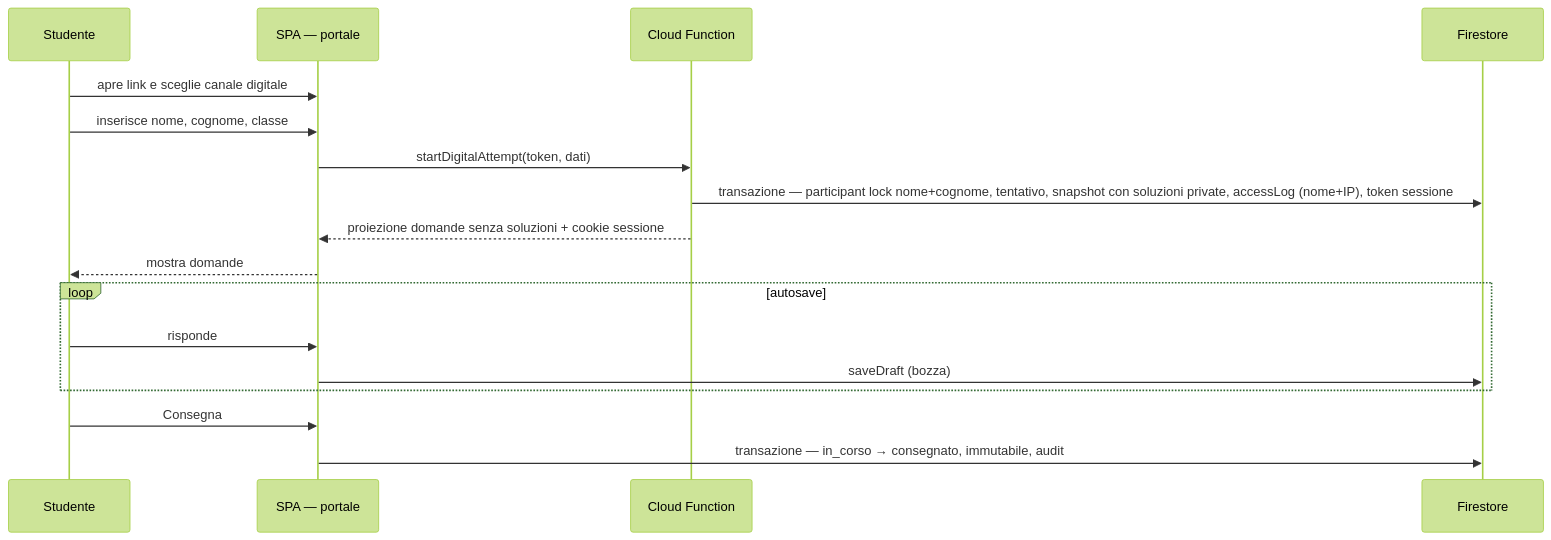
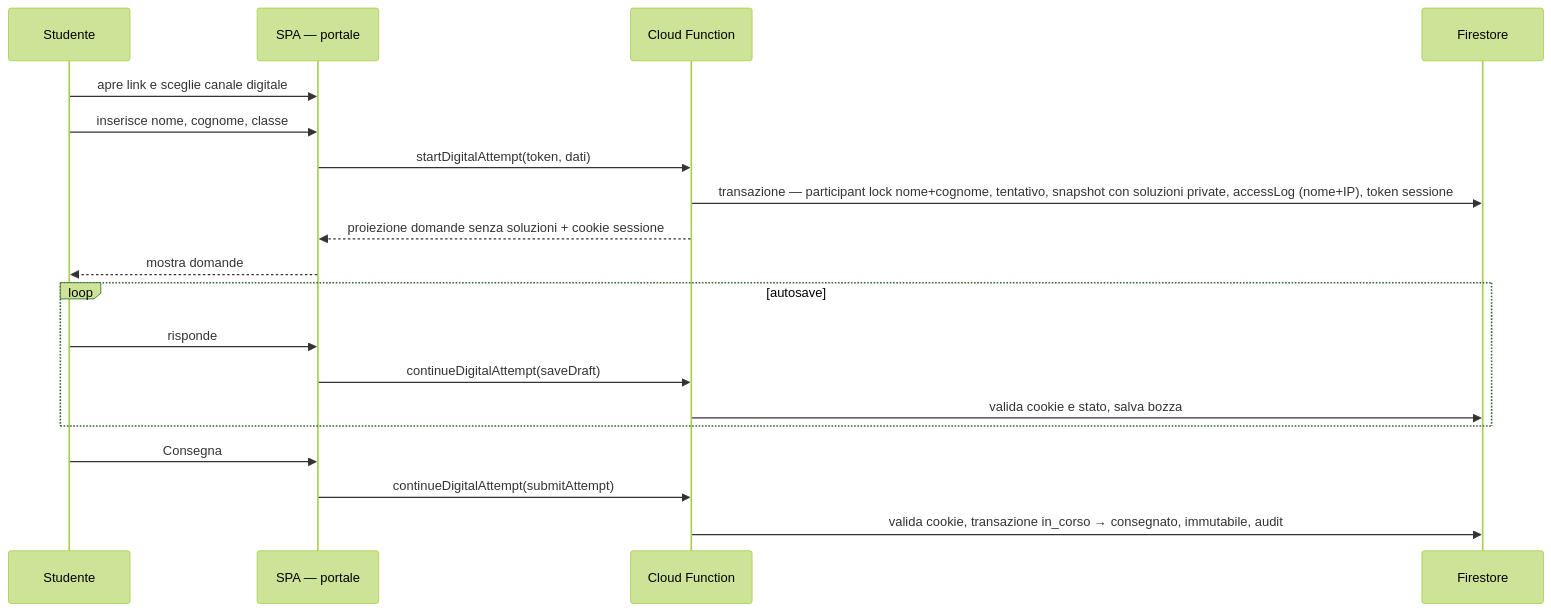
Before and after one commit to EnricoPaparo/SchoolForge: the third of 3 diagrams in documentazione/architettura.md, drawn with Mermaid (forest theme). The commit also changed other lines of this file and 15 other files, not shown here.

````diff
--- a/documentazione/architettura.md
+++ b/documentazione/architettura.md
@@ -271,22 +289,24 @@
 ```mermaid
 sequenceDiagram
     participant S as Studente
     participant SPA as SPA — portale
     participant CF as Cloud Function
     participant F as Firestore
 
     S->>SPA: apre link e sceglie canale digitale
     S->>SPA: inserisce nome, cognome, classe
     SPA->>CF: startDigitalAttempt(token, dati)
     CF->>F: transazione — participant lock nome+cognome, tentativo, snapshot con soluzioni private, accessLog (nome+IP), token sessione
     CF-->>SPA: proiezione domande senza soluzioni + cookie sessione
     SPA-->>S: mostra domande
 
     loop autosave
         S->>SPA: risponde
-        SPA->>F: saveDraft (bozza)
+        SPA->>CF: continueDigitalAttempt(saveDraft)
+        CF->>F: valida cookie e stato, salva bozza
     end
 
     S->>SPA: Consegna
-    SPA->>F: transazione — in_corso → consegnato, immutabile, audit
+    SPA->>CF: continueDigitalAttempt(submitAttempt)
+    CF->>F: valida cookie, transazione in_corso → consegnato, immutabile, audit
 ```
````
